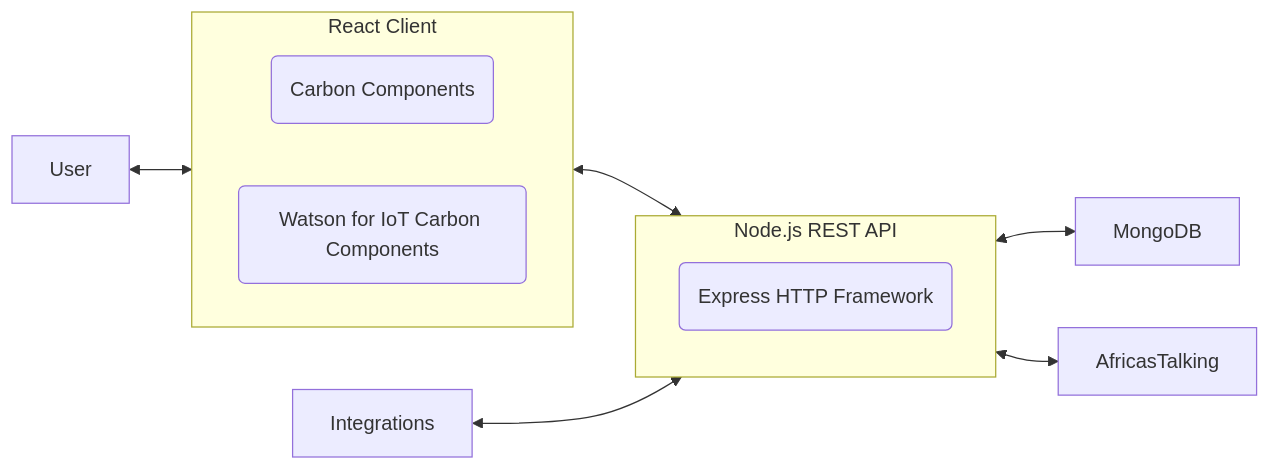
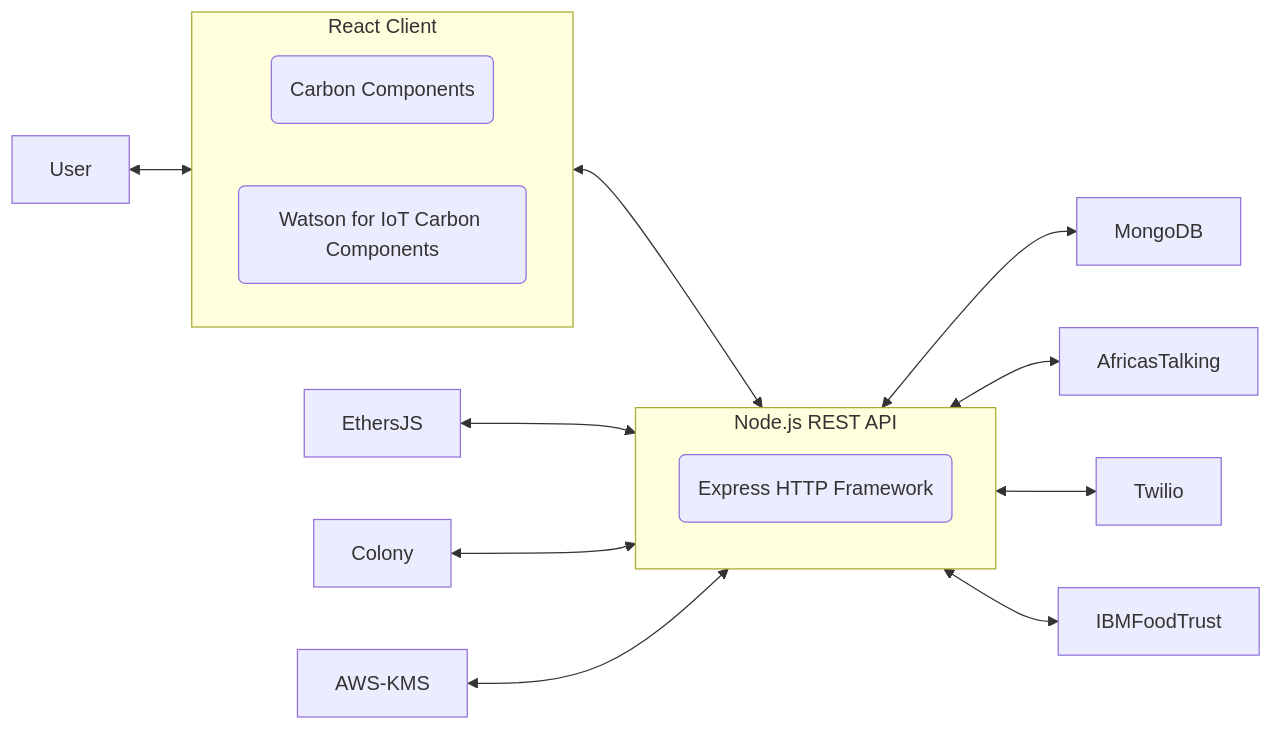
The first of 2 diagrams in README.md (Call-for-Code/OpenHarvest), drawn with Mermaid before and after one commit. The commit also changed 1 other file, not shown here.

Commit message:
updating readme with blockchain integration architecture and diagram

````diff
--- a/README.md
+++ b/README.md
@@ -42,17 +42,21 @@
 ```mermaid
 flowchart LR
   subgraph react["React Client"]
     direction LR
     cc(Carbon Components)
     wcc(Watson for IoT Carbon Components)
   end
   subgraph node["Node.js REST API"]
     exp(Express HTTP Framework)
   end
   react<-->node
   node<-->MongoDB
   node<-->AfricasTalking
+  node<-->Twilio
+  node<-->IBMFoodTrust
 
   User<-->react
-  Integrations<-->node
+  EthersJS<-->node
+  Colony<-->node
+  AWS-KMS<-->node
 ```
````
